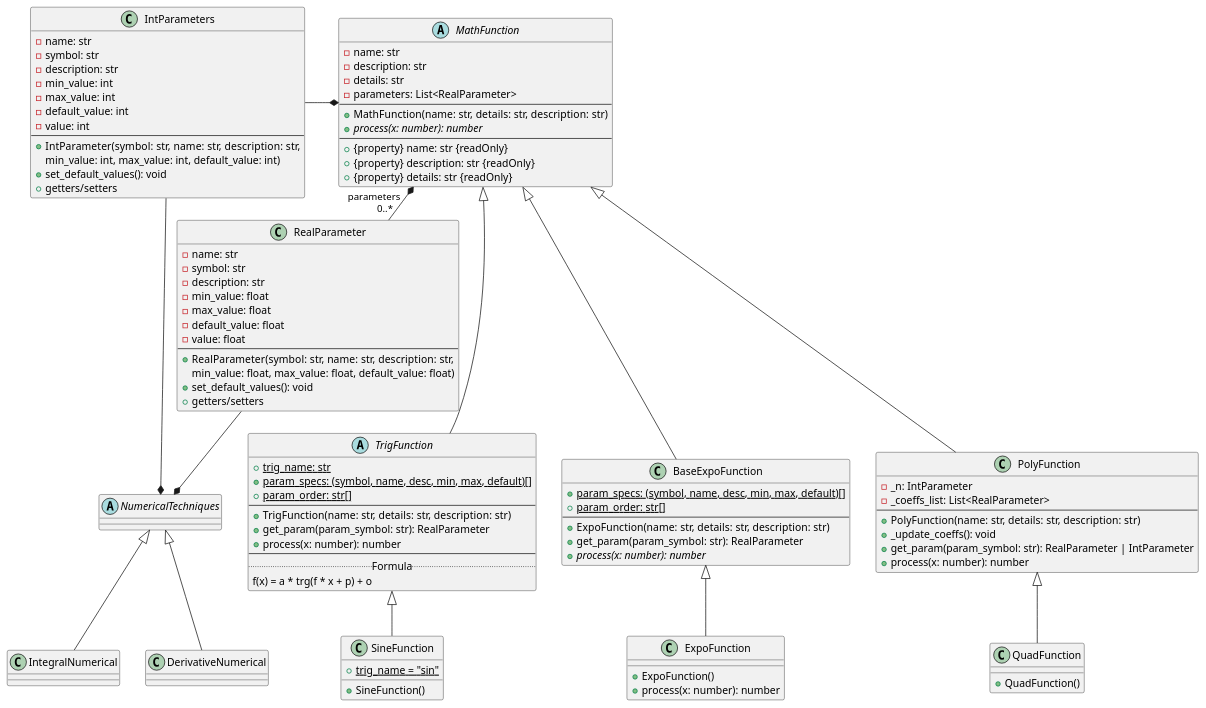
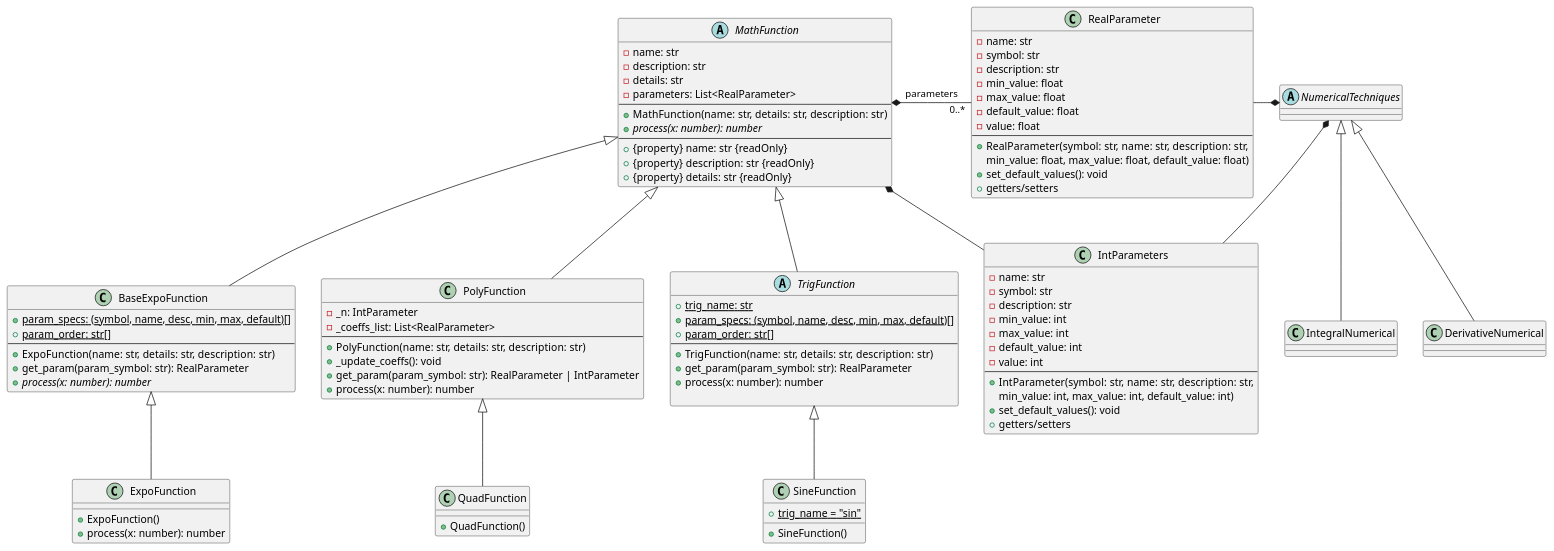
One commit to WassFlm/projet_kehlouch changed the diagram in des/work/UML.puml. Above: the diagram before and after it, drawn with PlantUML. The commit also changed 4 other files, not shown here.

Commit message:
Tout fait les math sauf uml

```diff
--- a/des/work/UML.puml
+++ b/des/work/UML.puml
@@ -1,152 +1,150 @@
 @startuml Projet 1 - UML (Updated)
 
 skinparam class AttributeIconSize 0
 
 abstract class MathFunction {
   - name: str
   - description: str
   - details: str
   - parameters: List<RealParameter>
   --
   + MathFunction(name: str, details: str, description: str)
   {abstract} + process(x: number): number
   --
   + {property} name: str {readOnly}
   + {property} description: str {readOnly}
   + {property} details: str {readOnly}
 }
 
 
 
 abstract class TrigFunction {
   {static} + trig_name: str
   {static} + param_specs: (symbol, name, desc, min, max, default)[]
   {static} + param_order: str[]
   --
   + TrigFunction(name: str, details: str, description: str)
   + get_param(param_symbol: str): RealParameter
   + process(x: number): number
-  --
-  .. Formula ..
-  f(x) = a * trg(f * x + p) + o
+  
 }
 
 MathFunction <|-- TrigFunction
 
 
 
 class SineFunction {
   {static} + trig_name = "sin"
   + SineFunction()
 }
 TrigFunction <|-- SineFunction
 
 
 
 class BaseExpoFunction {
   {static} + param_specs: (symbol, name, desc, min, max, default)[]
   {static} + param_order: str[]
   --
   + ExpoFunction(name: str, details: str, description: str)
   + get_param(param_symbol: str): RealParameter
   {abstract} + process(x: number): number
 }
 MathFunction <|-- BaseExpoFunction
 
 
 
 class ExpoFunction {
   + ExpoFunction()
   + process(x: number): number
 }
 BaseExpoFunction <|-- ExpoFunction
 
 
 
 class PolyFunction {
   - _n: IntParameter
   - _coeffs_list: List<RealParameter>
   --
   + PolyFunction(name: str, details: str, description: str)
   + _update_coeffs(): void
   + get_param(param_symbol: str): RealParameter | IntParameter
   + process(x: number): number
 }
 MathFunction <|-- PolyFunction
 
 
 
 class QuadFunction {
   + QuadFunction()
 }
 PolyFunction <|-- QuadFunction
 
 
 
 class RealParameter {
   - name: str
   - symbol: str
   - description: str
   - min_value: float
   - max_value: float
   - default_value: float
   - value: float
   --
   + RealParameter(symbol: str, name: str, description: str,
                   min_value: float, max_value: float, default_value: float)
   + set_default_values(): void
   + getters/setters
 }
 MathFunction *-right- "0..*" RealParameter : parameters
 
 
 
 class IntParameters {
   - name: str
   - symbol: str
   - description: str
   - min_value: int
   - max_value: int
   - default_value: int
   - value: int
   --
   + IntParameter(symbol: str, name: str, description: str,
                  min_value: int, max_value: int, default_value: int)
   + set_default_values(): void
   + getters/setters
 }
 
 
 
 abstract class NumericalTechniques {
 }
 
 
 
 class IntegralNumerical {
 }
 NumericalTechniques <|-- IntegralNumerical
 
 
 
 class DerivativeNumerical {
 }
 NumericalTechniques <|-- DerivativeNumerical
+MathFunction *-- IntParameters
 NumericalTechniques *-left- RealParameter
-MathFunction *-left- IntParameters
-NumericalTechniques *-- IntParameters
+NumericalTechniques *-right- IntParameters
 
 
 
 
 
 
 
 
 
 
 
 
 
 
 @enduml
```
